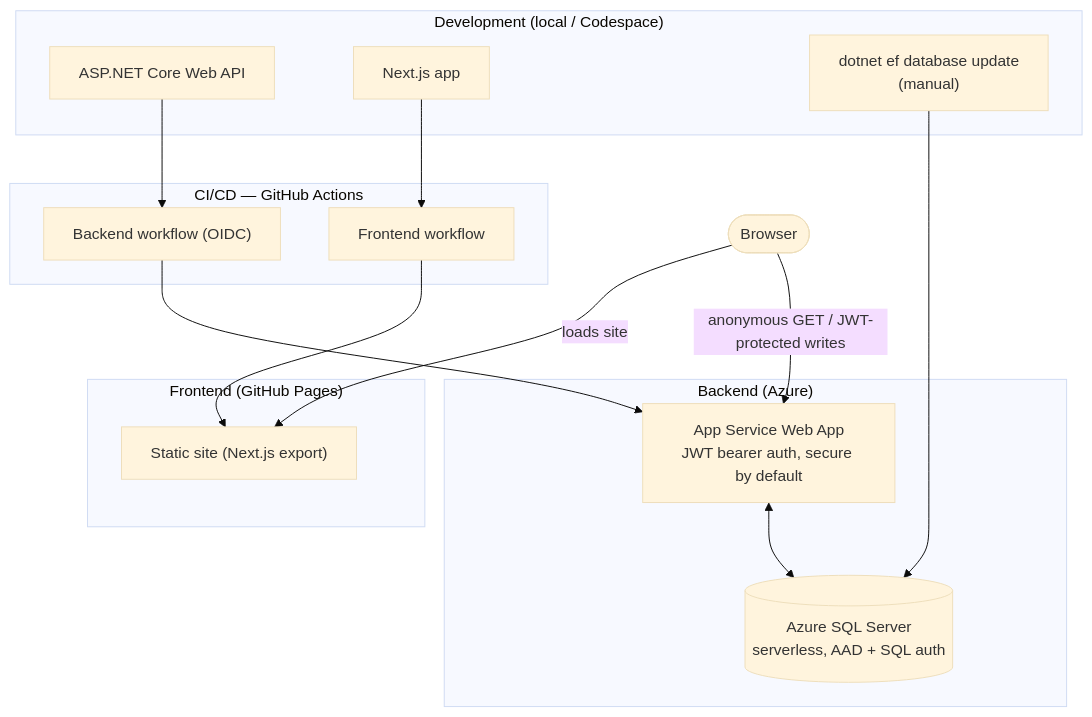
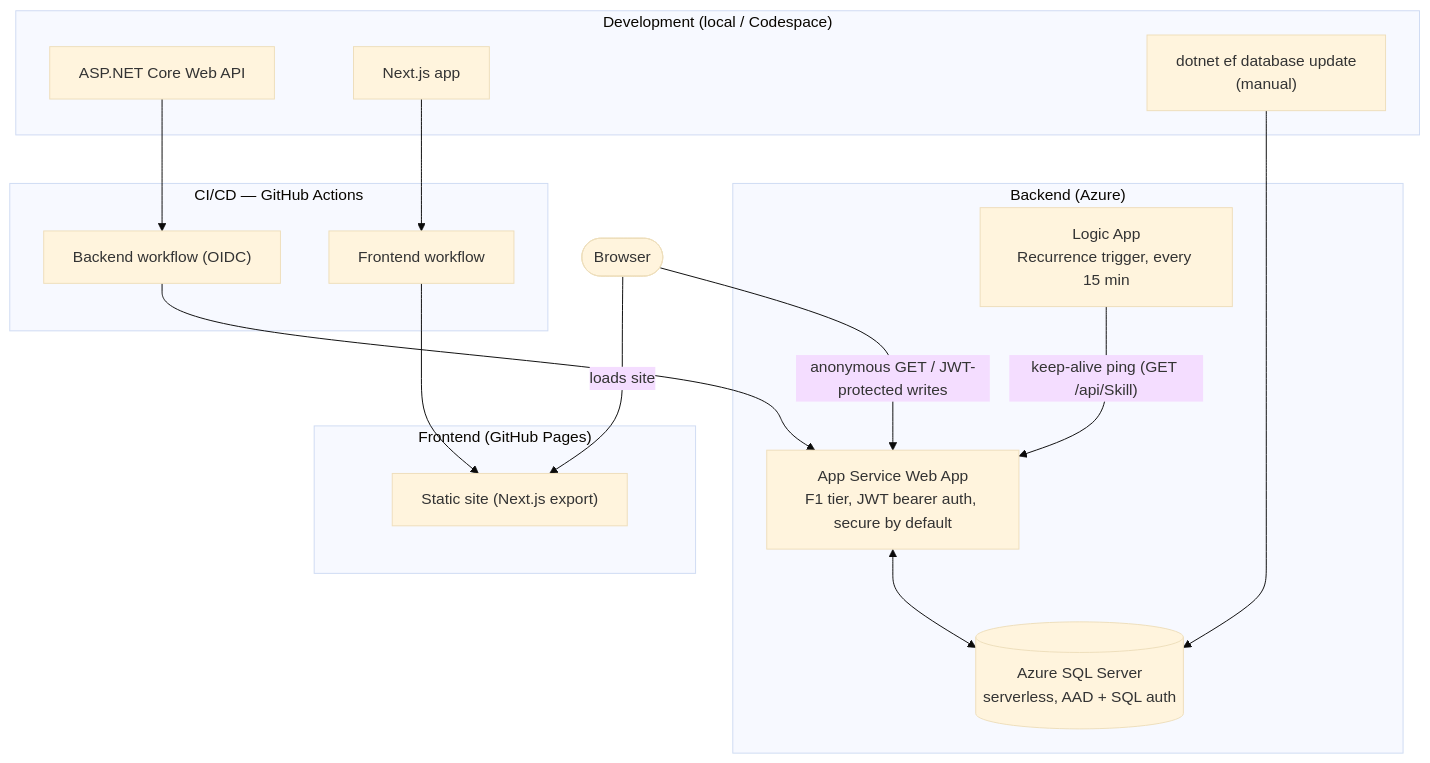
The diagram in README.md (ejmabunda/ejmabunda-web-api), drawn with Mermaid (base theme) before and after one commit. The commit also changed other lines of this file and 2 other files, not shown here.

First line of the commit message:
docs: document the keep-alive Logic App and the Experience API

````diff
--- a/README.md
+++ b/README.md
@@ -27,32 +28,34 @@
 ```mermaid
 flowchart TB
     browser(["Browser"])
 
     subgraph frontend["Frontend (GitHub Pages)"]
         pages["Static site (Next.js export)"]
     end
 
     subgraph backend["Backend (Azure)"]
-        appservice["App Service Web App<br/>JWT bearer auth, secure by default"]
+        appservice["App Service Web App<br/>F1 tier, JWT bearer auth, secure by default"]
         sql[("Azure SQL Server<br/>serverless, AAD + SQL auth")]
+        logicapp["Logic App<br/>Recurrence trigger, every 15 min"]
         appservice <--> sql
+        logicapp -->|"keep-alive ping (GET /api/Skill)"| appservice
     end
 
     subgraph dev["Development (local / Codespace)"]
         api_src["ASP.NET Core Web API"]
         web_src["Next.js app"]
         migrate["dotnet ef database update<br/>(manual)"]
     end
 
     subgraph cicd["CI/CD — GitHub Actions"]
         backend_wf["Backend workflow (OIDC)"]
         frontend_wf["Frontend workflow"]
     end
 
     browser -->|loads site| pages
     browser -->|"anonymous GET / JWT-protected writes"| appservice
 
     api_src --> backend_wf --> appservice
     web_src --> frontend_wf --> pages
     migrate --> sql
 ```
````
